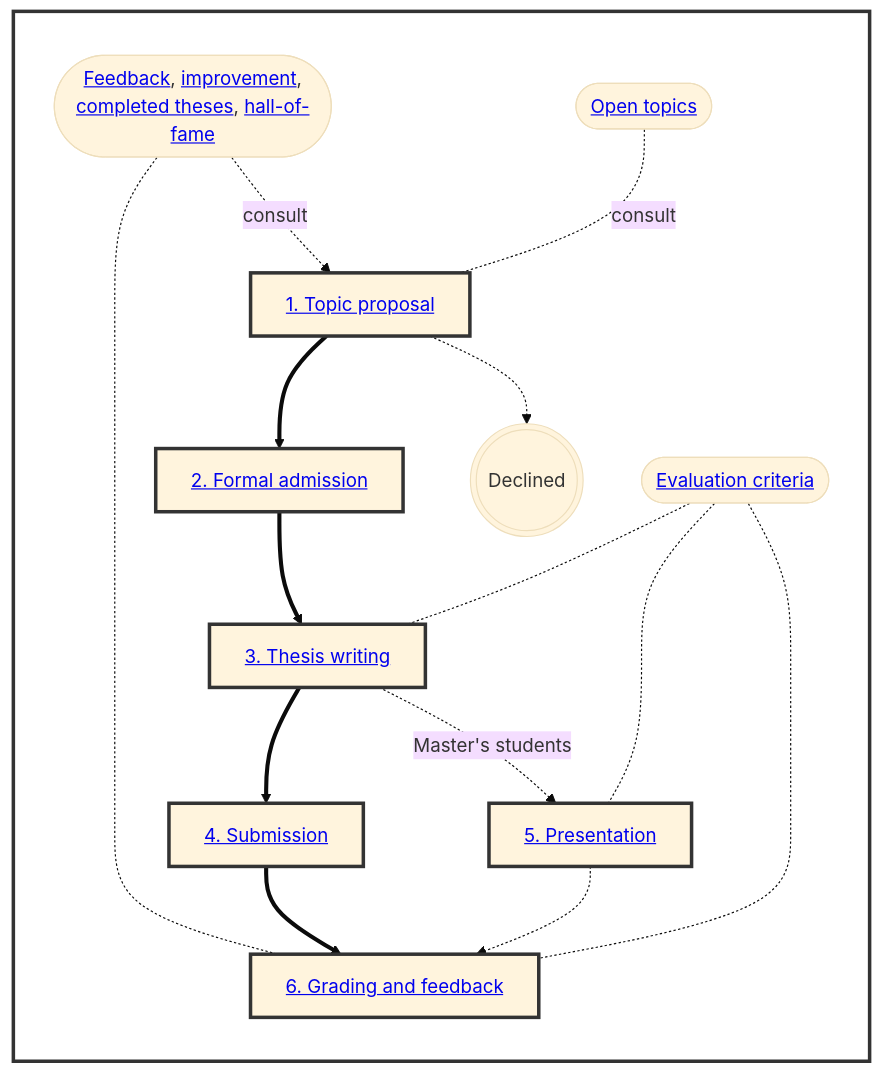
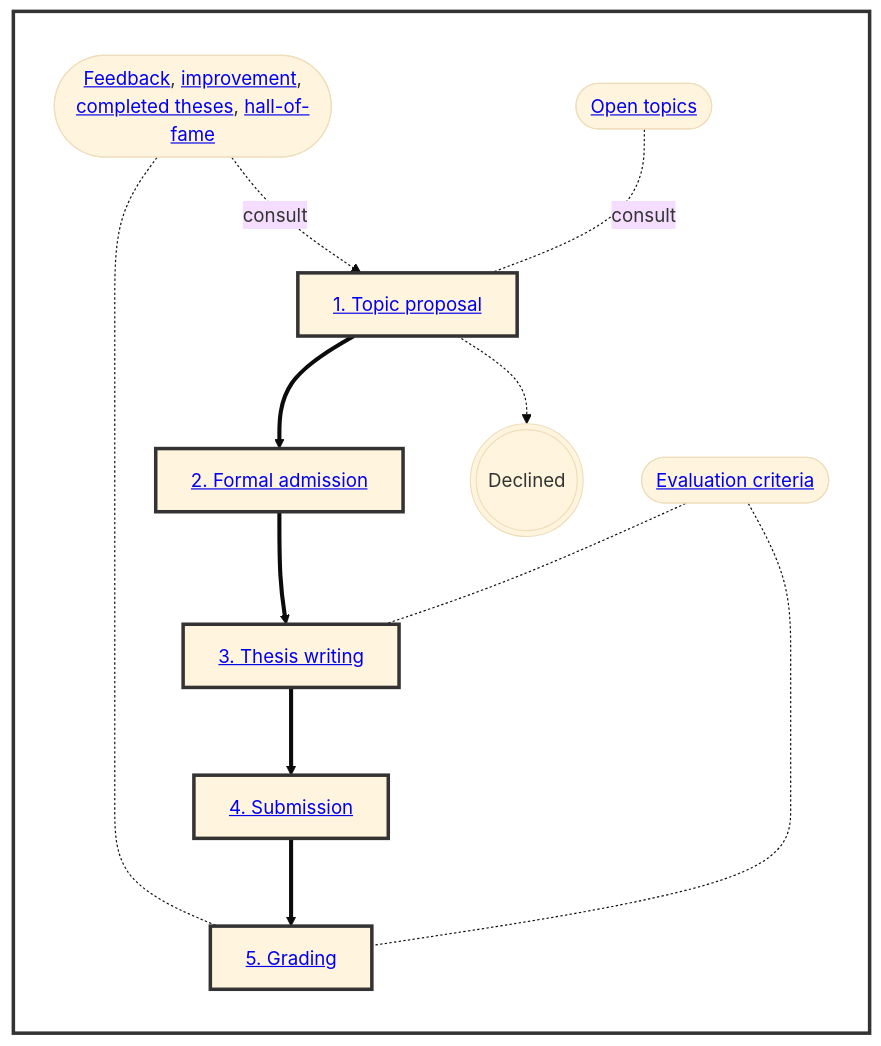
Before and after one commit to fs-ise/theses: the first of 2 diagrams in index.qmd, drawn with Mermaid (base theme). The commit also changed other lines of this file and 2 other files, not shown here.

````diff
--- a/index.qmd
+++ b/index.qmd
@@ -54,26 +54,22 @@
 ```{mermaid}
 flowchart LR
 
     subgraph Process[" "]
         Feedback -. consult .-> Init
         Feedback(["<a href='docs/feedback.html'>Feedback</a>, <a href='https://github.com/fs-ise/theses/commits/main/'>improvement</a>,<br><a href='docs/completed.html'>completed theses</a>, <a href='docs/hall_of_fame.html'>hall-of-fame</a>"]) -.- Grading
         OpenTopics(["<a href='docs/topics.html'>Open topics</a>"]) -.- |consult| Init
         Init["<a href='#topic-proposal'>1. Topic proposal</a>"] ==> Admission["<a href='#formal-admission'>2. Formal admission</a>"]
         Admission ==> Writing["<a href='#thesis-writing-and-feedback-sessions'>3. Thesis writing</a>"]
         Writing ==> Submission["<a href='#submission-of-the-thesis'>4. Submission</a>"]
-        Submission ==> Grading
-        Writing -. Master's students .-> Presentation["<a href='#thesis-presentation'>5. Presentation</a>"]
-        Presentation -.-> Grading["<a href='#grading-and-feedback-session'>6. Grading and feedback</a>"]
+        Submission ==> Grading["<a href='#grading-and-feedback-session'>5. Grading</a>"]
         Criteria(["<a href='docs/criteria.html'>Evaluation criteria</a>"]) -.- Writing
-        Criteria -.- Presentation
         Criteria -.- Grading
         Init .-> Decline@{ shape: dbl-circ, label: "Declined" }
     end
     style Init stroke:#333,stroke-width:3px
     style Admission stroke:#333,stroke-width:3px
     style Writing stroke:#333,stroke-width:3px
-    style Presentation stroke:#333,stroke-width:3px
     style Submission stroke:#333,stroke-width:3px
     style Grading stroke:#333,stroke-width:3px
     style Process fill:white,stroke:#333,stroke-width:3px
 ```
````
